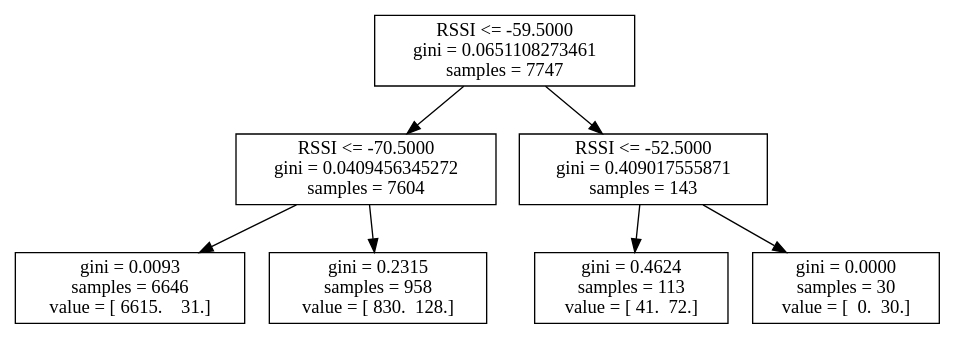
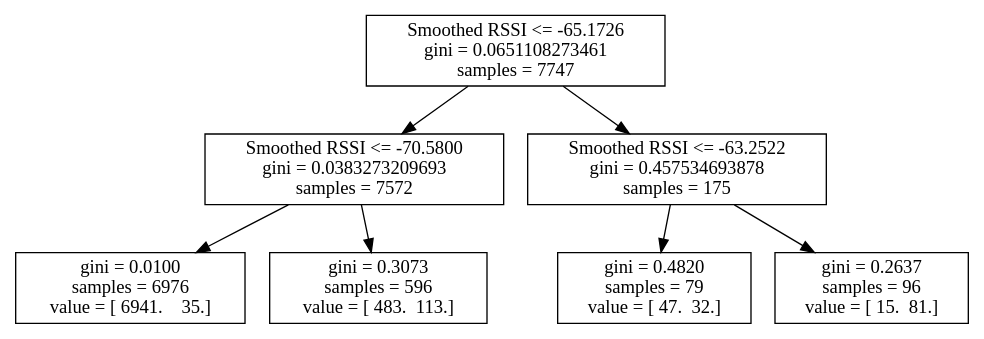
The diagram in logs/4_19/log8.dot (atitus5/6s062-Project), drawn with Graphviz before and after one commit. The commit also changed 75 other files, not shown here.

```diff
--- a/logs/4_19/log8.dot
+++ b/logs/4_19/log8.dot
@@ -1,15 +1,15 @@
 digraph Tree {
-0 [label="RSSI <= -59.5000\ngini = 0.0651108273461\nsamples = 7747", shape="box"] ;
-1 [label="RSSI <= -70.5000\ngini = 0.0409456345272\nsamples = 7604", shape="box"] ;
+0 [label="Smoothed RSSI <= -65.1726\ngini = 0.0651108273461\nsamples = 7747", shape="box"] ;
+1 [label="Smoothed RSSI <= -70.5800\ngini = 0.0383273209693\nsamples = 7572", shape="box"] ;
 0 -> 1 ;
-2 [label="gini = 0.0093\nsamples = 6646\nvalue = [ 6615.    31.]", shape="box"] ;
+2 [label="gini = 0.0100\nsamples = 6976\nvalue = [ 6941.    35.]", shape="box"] ;
 1 -> 2 ;
-3 [label="gini = 0.2315\nsamples = 958\nvalue = [ 830.  128.]", shape="box"] ;
+3 [label="gini = 0.3073\nsamples = 596\nvalue = [ 483.  113.]", shape="box"] ;
 1 -> 3 ;
-4 [label="RSSI <= -52.5000\ngini = 0.409017555871\nsamples = 143", shape="box"] ;
+4 [label="Smoothed RSSI <= -63.2522\ngini = 0.457534693878\nsamples = 175", shape="box"] ;
 0 -> 4 ;
-5 [label="gini = 0.4624\nsamples = 113\nvalue = [ 41.  72.]", shape="box"] ;
+5 [label="gini = 0.4820\nsamples = 79\nvalue = [ 47.  32.]", shape="box"] ;
 4 -> 5 ;
-6 [label="gini = 0.0000\nsamples = 30\nvalue = [  0.  30.]", shape="box"] ;
+6 [label="gini = 0.2637\nsamples = 96\nvalue = [ 15.  81.]", shape="box"] ;
 4 -> 6 ;
 }
```
